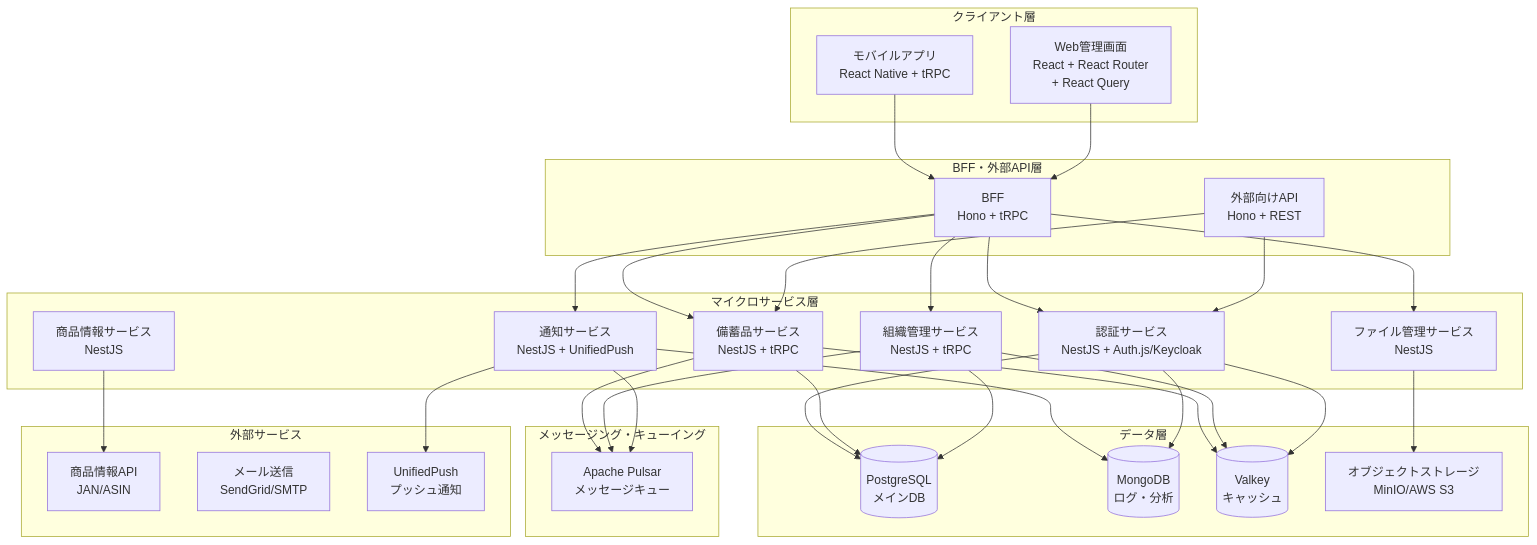
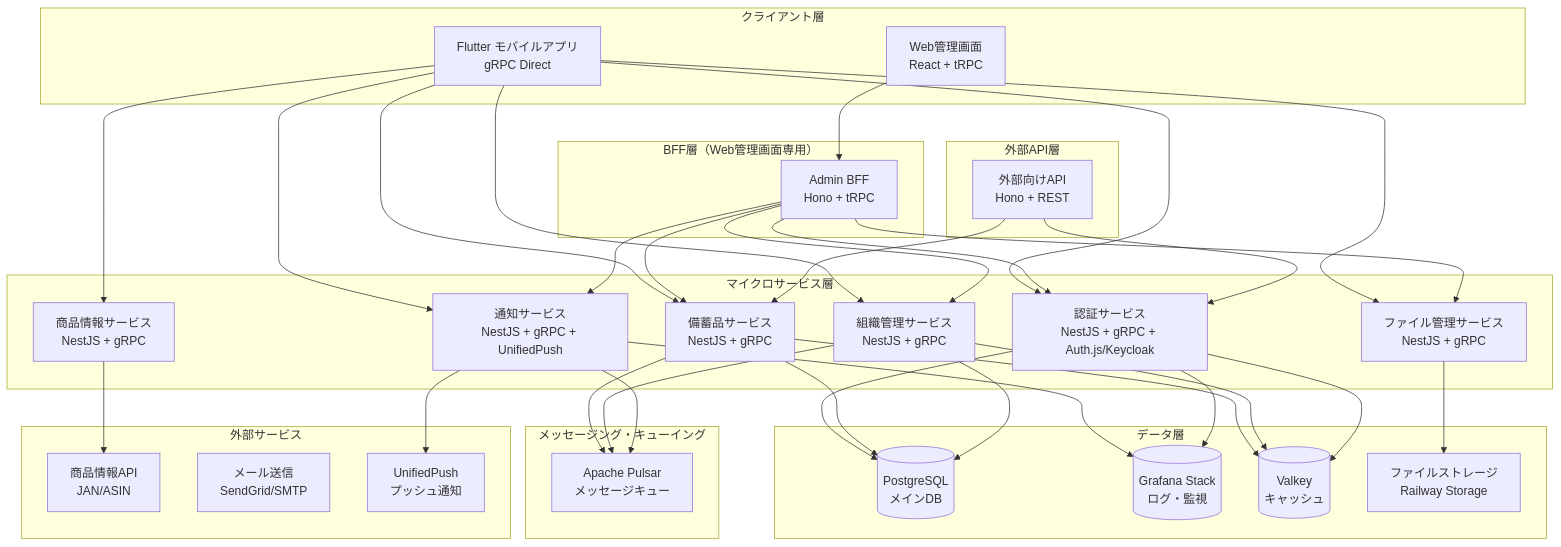
The first of 3 diagrams in .kiro/specs/inventory-management/design.md (TakashiAihara/preppin), drawn with Mermaid before and after one commit. The commit also changed other lines of this file and 2 other files, not shown here.

First line of the commit message:
update CLAUDE.md to reflect Flutter-based architecture

````diff
--- a/.kiro/specs/inventory-management/design.md
+++ b/.kiro/specs/inventory-management/design.md
@@ -11,29 +11,32 @@
 ```mermaid
 graph TB
     subgraph "クライアント層"
-        MA[モバイルアプリ<br/>React Native + tRPC]
-        WA[Web管理画面<br/>React + React Router<br/>+ React Query]
+        FLUTTER[Flutter モバイルアプリ<br/>gRPC Direct]
+        WEB[Web管理画面<br/>React + tRPC]
     end
     
-    subgraph "BFF・外部API層"
-        BFF[BFF<br/>Hono + tRPC]
+    subgraph "BFF層（Web管理画面専用）"
+        ADMIN_BFF[Admin BFF<br/>Hono + tRPC]
+    end
+    
+    subgraph "外部API層"
         EXT_API[外部向けAPI<br/>Hono + REST]
     end
     
     subgraph "マイクロサービス層"
-        AUTH_SVC[認証サービス<br/>NestJS + Auth.js/Keycloak]
-        INV_SVC[備蓄品サービス<br/>NestJS + tRPC]
-        ORG_SVC[組織管理サービス<br/>NestJS + tRPC]
-        NOTIFY_SVC[通知サービス<br/>NestJS + UnifiedPush]
-        FILE_SVC[ファイル管理サービス<br/>NestJS]
-        PRODUCT_SVC[商品情報サービス<br/>NestJS]
+        AUTH_SVC[認証サービス<br/>NestJS + gRPC + Auth.js/Keycloak]
+        INV_SVC[備蓄品サービス<br/>NestJS + gRPC]
+        ORG_SVC[組織管理サービス<br/>NestJS + gRPC]
+        NOTIFY_SVC[通知サービス<br/>NestJS + gRPC + UnifiedPush]
+        FILE_SVC[ファイル管理サービス<br/>NestJS + gRPC]
+        PRODUCT_SVC[商品情報サービス<br/>NestJS + gRPC]
     end
     
     subgraph "データ層"
         POSTGRES[(PostgreSQL<br/>メインDB)]
-        MONGO[(MongoDB<br/>ログ・分析)]
+        GRAFANA[(Grafana Stack<br/>ログ・監視)]
         VALKEY[(Valkey<br/>キャッシュ)]
-        S3[オブジェクトストレージ<br/>MinIO/AWS S3]
+        STORAGE[ファイルストレージ<br/>Railway Storage]
     end
     
     subgraph "メッセージング・キューイング"
@@ -46,32 +49,45 @@
         UNIFIED_PUSH[UnifiedPush<br/>プッシュ通知]
     end
     
-    MA --> BFF
-    WA --> BFF
-    BFF --> AUTH_SVC
-    BFF --> INV_SVC
-    BFF --> ORG_SVC
-    BFF --> NOTIFY_SVC
-    BFF --> FILE_SVC
+    %% Flutter直接gRPC通信
+    FLUTTER --> AUTH_SVC
+    FLUTTER --> INV_SVC
+    FLUTTER --> ORG_SVC
+    FLUTTER --> NOTIFY_SVC
+    FLUTTER --> FILE_SVC
+    FLUTTER --> PRODUCT_SVC
     
+    %% Web管理画面はBFF経由
+    WEB --> ADMIN_BFF
+    ADMIN_BFF --> AUTH_SVC
+    ADMIN_BFF --> INV_SVC
+    ADMIN_BFF --> ORG_SVC
+    ADMIN_BFF --> NOTIFY_SVC
+    ADMIN_BFF --> FILE_SVC
+    
+    %% 外部API
     EXT_API --> AUTH_SVC
     EXT_API --> INV_SVC
     
+    %% データ層接続
     AUTH_SVC --> POSTGRES
     INV_SVC --> POSTGRES
     ORG_SVC --> POSTGRES
-    FILE_SVC --> S3
+    FILE_SVC --> STORAGE
     NOTIFY_SVC --> UNIFIED_PUSH
     PRODUCT_SVC --> BARCODE
     
+    %% キャッシュ
     INV_SVC --> VALKEY
     ORG_SVC --> VALKEY
     AUTH_SVC --> VALKEY
     
+    %% メッセージング
     INV_SVC --> PULSAR
     ORG_SVC --> PULSAR
     NOTIFY_SVC --> PULSAR
     
-    NOTIFY_SVC --> MONGO
-    AUTH_SVC --> MONGO
+    %% ログ・分析
+    NOTIFY_SVC --> GRAFANA
+    AUTH_SVC --> GRAFANA
 ```
````
